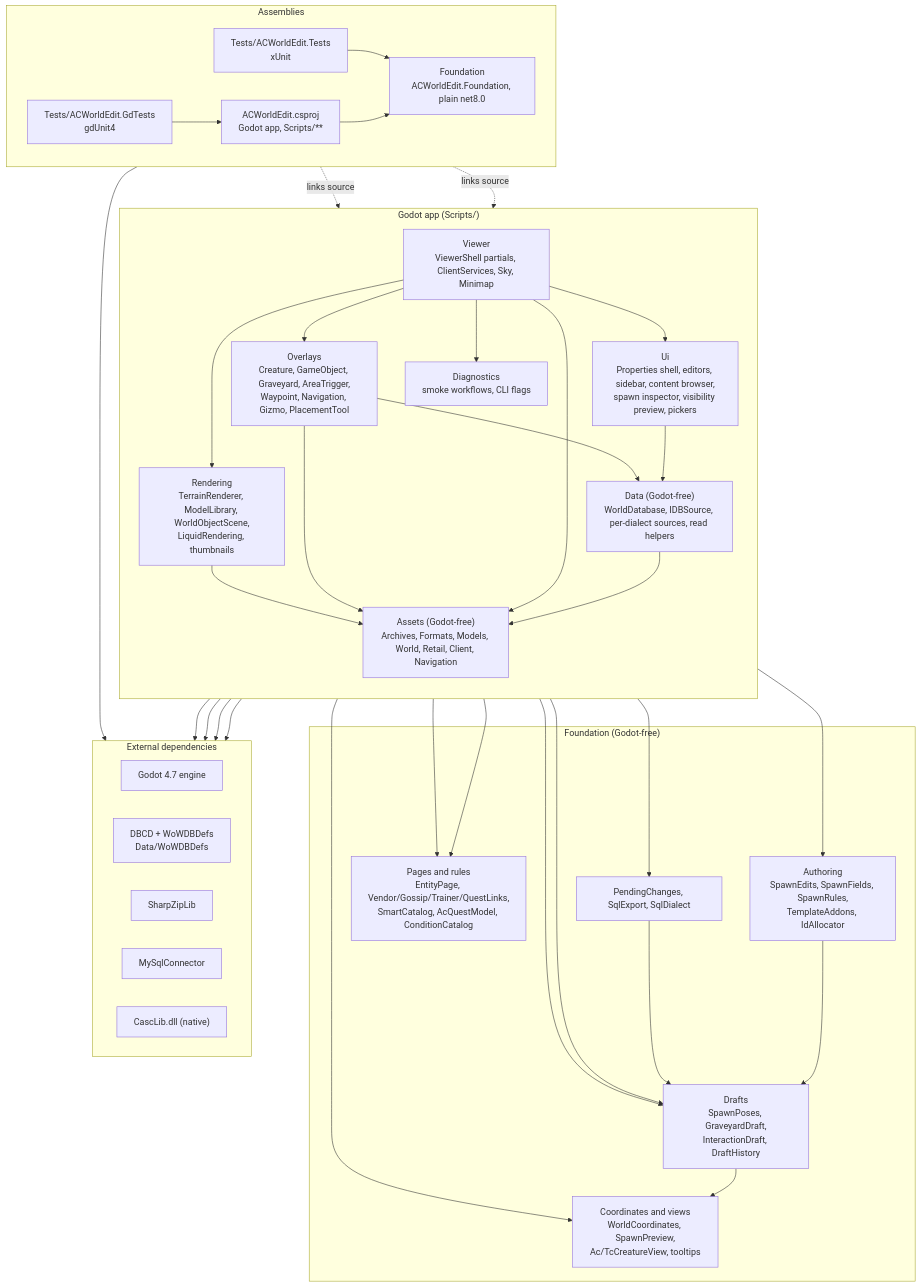
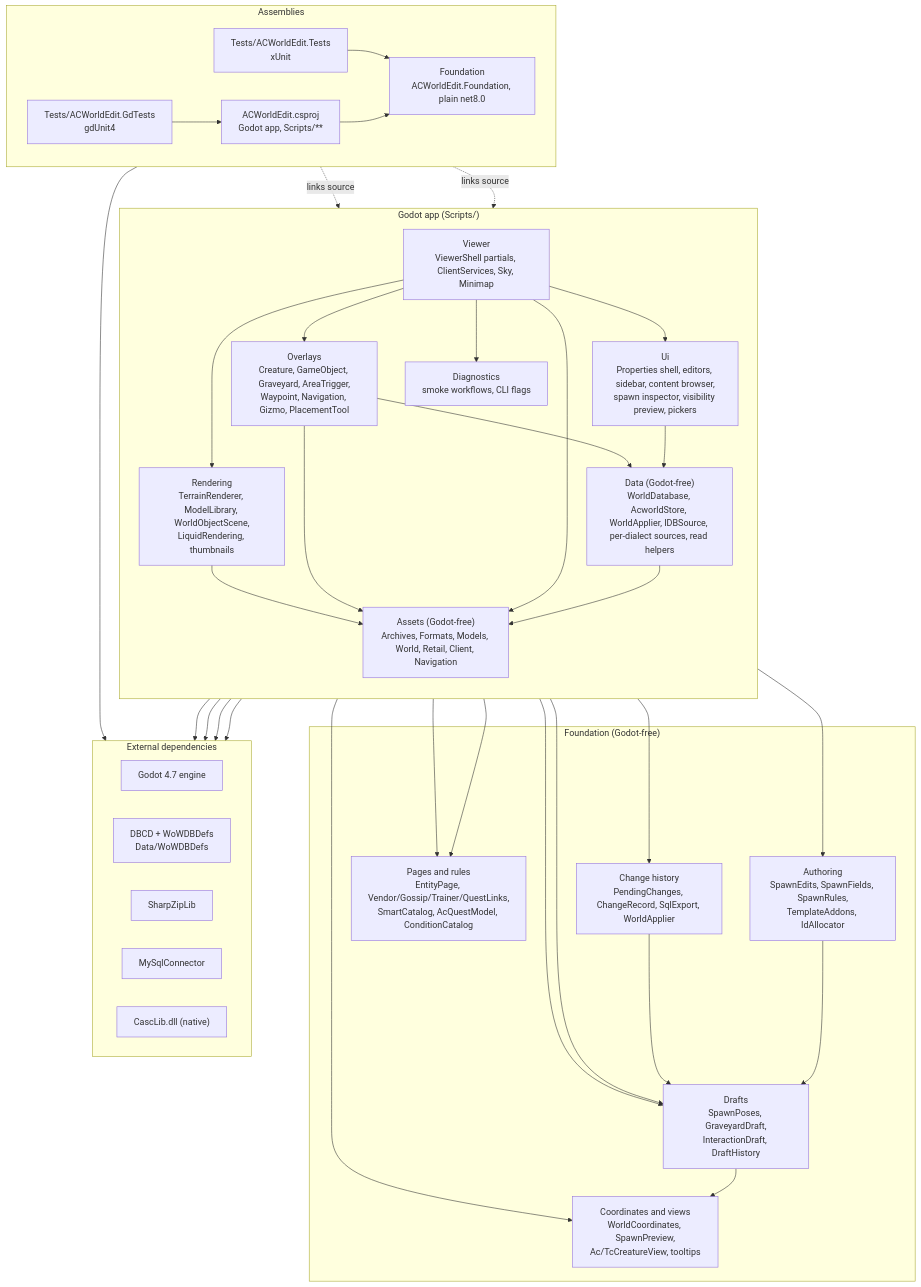
Before and after one commit to glitterfartz/ac-world-edit: the second of 2 diagrams in docs/architecture/overview.md, drawn with Mermaid. The commit also changed other lines of this file and 24 other files, not shown here.

Commit message:
feat(history): replace file SQL export with tracked acworld change log

````diff
--- a/docs/architecture/overview.md
+++ b/docs/architecture/overview.md
@@ -50,69 +50,69 @@
 ```mermaid
 flowchart TB
     subgraph Assemblies
         direction LR
         app["ACWorldEdit.csproj<br/>Godot app, Scripts/**"]
         fdn["Foundation<br/>ACWorldEdit.Foundation, plain net8.0"]
         tests["Tests/ACWorldEdit.Tests<br/>xUnit"]
         gd["Tests/ACWorldEdit.GdTests<br/>gdUnit4"]
     end
 
     subgraph Godot_app["Godot app (Scripts/)"]
         direction TB
         viewer["Viewer<br/>ViewerShell partials, ClientServices, Sky, Minimap"]
         render["Rendering<br/>TerrainRenderer, ModelLibrary, WorldObjectScene,<br/>LiquidRendering, thumbnails"]
         overlays["Overlays<br/>Creature, GameObject, Graveyard, AreaTrigger,<br/>Waypoint, Navigation, Gizmo, PlacementTool"]
         ui["Ui<br/>Properties shell, editors, sidebar, content browser,<br/>spawn inspector, visibility preview, pickers"]
         diag["Diagnostics<br/>smoke workflows, CLI flags"]
-        data["Data (Godot-free)<br/>WorldDatabase, IDBSource, per-dialect sources, read helpers"]
+        data["Data (Godot-free)<br/>WorldDatabase, AcworldStore, WorldApplier, IDBSource, per-dialect sources, read helpers"]
         assets["Assets (Godot-free)<br/>Archives, Formats, Models, World, Retail, Client, Navigation"]
     end
 
     subgraph Shared_logic["Foundation (Godot-free)"]
         drafts["Drafts<br/>SpawnPoses, GraveyardDraft,<br/>InteractionDraft, DraftHistory"]
         authoring["Authoring<br/>SpawnEdits, SpawnFields, SpawnRules,<br/>TemplateAddons, IdAllocator"]
         pages["Pages and rules<br/>EntityPage, Vendor/Gossip/Trainer/QuestLinks,<br/>SmartCatalog, AcQuestModel, ConditionCatalog"]
-        export["PendingChanges, SqlExport, SqlDialect"]
+        export["Change history<br/>PendingChanges, ChangeRecord, SqlExport, WorldApplier"]
         misc["Coordinates and views<br/>WorldCoordinates, SpawnPreview,<br/>Ac/TcCreatureView, tooltips"]
     end
 
     subgraph External["External dependencies"]
         direction LR
         godot["Godot 4.7 engine"]
         dbcd["DBCD + WoWDBDefs<br/>Data/WoWDBDefs"]
         sharpzip["SharpZipLib"]
         mysql["MySqlConnector"]
         casc["CascLib.dll (native)"]
     end
 
     viewer --> render
     viewer --> overlays
     viewer --> ui
     viewer --> diag
     overlays --> data
     overlays --> drafts
     overlays --> authoring
     ui --> drafts
     ui --> pages
     ui --> data
     viewer --> export
     render --> assets
     overlays --> assets
     viewer --> assets
     data --> assets
     data --> pages
     data --> misc
     drafts --> misc
     authoring --> drafts
     export --> drafts
     app --> godot
     assets --> dbcd
     assets --> sharpzip
     assets --> casc
     data --> mysql
     tests -. links source .-> assets
     tests -. links source .-> data
     tests --> fdn
     gd --> app
     app --> fdn
 ```
````
